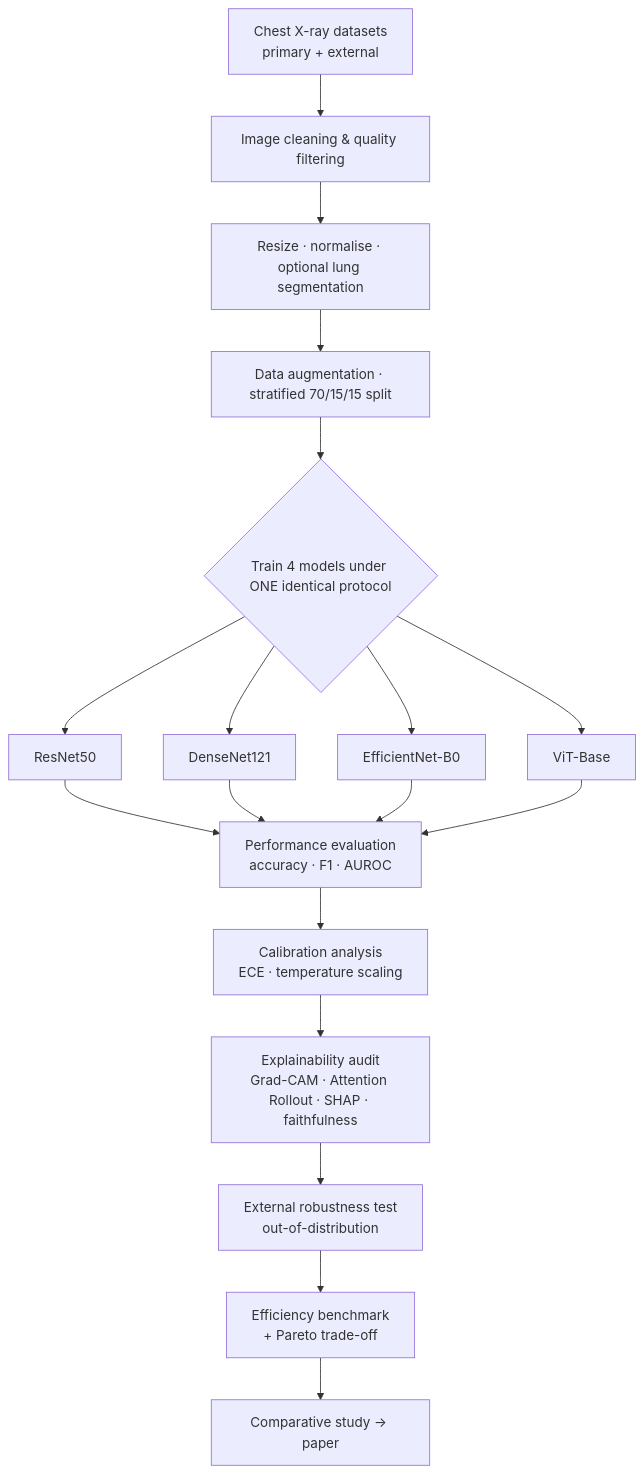
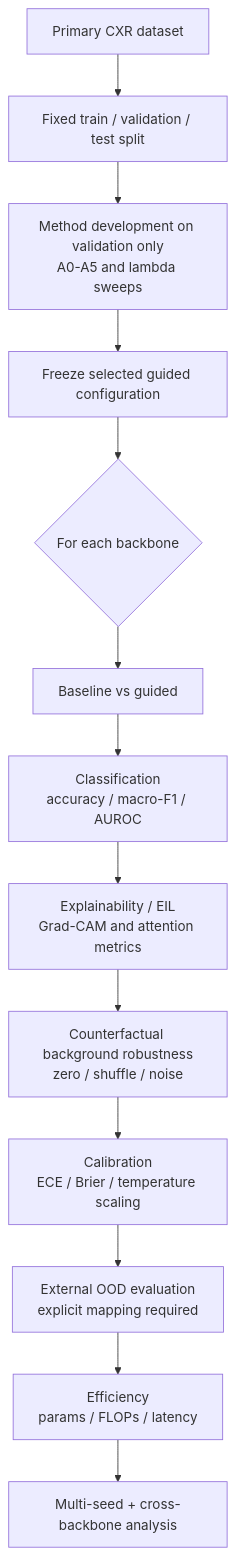
One commit to Kusal-Nirukshan/chest-x-ray-kaggle changed the diagram in README.md. Above: the diagram before and after it, drawn with Mermaid. The commit also changed other lines of this file and 10 other files, not shown here.

Commit message:
Harden trustworthiness multi-seed workflow

````diff
--- a/README.md
+++ b/README.md
@@ -117,17 +119,15 @@
 ```mermaid
 flowchart TD
-    A[Chest X-ray datasets<br/>primary + external] --> B[Image cleaning & quality filtering]
-    B --> C[Resize · normalise · optional lung segmentation]
-    C --> D[Data augmentation · stratified 70/15/15 split]
-    D --> E{Train 4 models under ONE identical protocol}
-    E --> M1[ResNet50]
-    E --> M2[DenseNet121]
-    E --> M3[EfficientNet-B0]
-    E --> M4[ViT-Base]
-    M1 & M2 & M3 & M4 --> F[Performance evaluation<br/>accuracy · F1 · AUROC]
-    F --> G[Calibration analysis<br/>ECE · temperature scaling]
-    G --> H[Explainability audit<br/>Grad-CAM · Attention Rollout · SHAP · faithfulness]
-    H --> I[External robustness test<br/>out-of-distribution]
-    I --> J[Efficiency benchmark<br/>+ Pareto trade-off]
-    J --> K[Comparative study → paper]
+    A[Primary CXR dataset] --> B[Fixed train / validation / test split]
+    B --> C[Method development on validation only<br/>A0-A5 and lambda sweeps]
+    C --> D[Freeze selected guided configuration]
+    D --> E{For each backbone}
+    E --> F[Baseline vs guided]
+    F --> G[Classification<br/>accuracy / macro-F1 / AUROC]
+    G --> H[Explainability / EIL<br/>Grad-CAM and attention metrics]
+    H --> I[Counterfactual background robustness<br/>zero / shuffle / noise]
+    I --> J[Calibration<br/>ECE / Brier / temperature scaling]
+    J --> K[External OOD evaluation<br/>explicit mapping required]
+    K --> L[Efficiency<br/>params / FLOPs / latency]
+    L --> M[Multi-seed + cross-backbone analysis]
 ```
````
